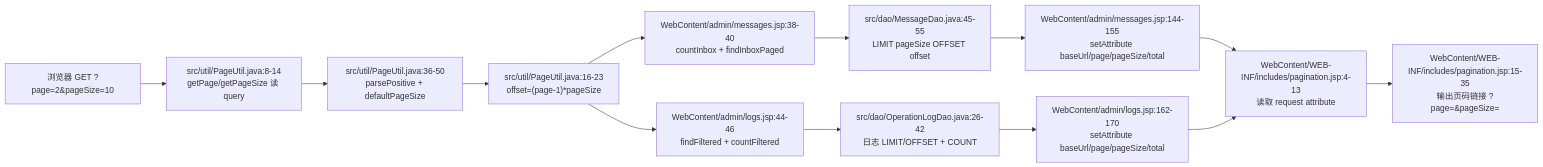
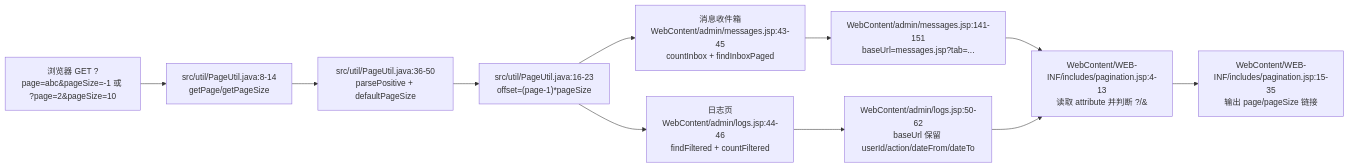
Before and after one commit to guangxiangdebizi/graduation-design-management-system: the third of 7 diagrams in docs/网络数据流详解/parts/05-message-page-render.md, drawn with Mermaid. The commit also changed other lines of this file and 8 other files, not shown here.

First line of the commit message:
refactor project documentation and enhance network data flow details

````diff
--- a/docs/网络数据流详解/parts/05-message-page-render.md
+++ b/docs/网络数据流详解/parts/05-message-page-render.md
@@ -243,22 +182,20 @@
 ```mermaid
 flowchart LR
-    A["浏览器 GET ?page=2&pageSize=10"]
-    B["src/util/PageUtil.java:8-14\ngetPage/getPageSize 读 query"]
+    A["浏览器 GET ?page=abc&pageSize=-1 或 ?page=2&pageSize=10"]
+    B["src/util/PageUtil.java:8-14\ngetPage/getPageSize"]
     C["src/util/PageUtil.java:36-50\nparsePositive + defaultPageSize"]
     D["src/util/PageUtil.java:16-23\noffset=(page-1)*pageSize"]
-    E["WebContent/admin/messages.jsp:38-40\ncountInbox + findInboxPaged"]
-    F["src/dao/MessageDao.java:45-55\nLIMIT pageSize OFFSET offset"]
-    G["WebContent/admin/logs.jsp:44-46\nfindFiltered + countFiltered"]
-    H["src/dao/OperationLogDao.java:26-42\n日志 LIMIT/OFFSET + COUNT"]
-    I["WebContent/admin/messages.jsp:144-155\nsetAttribute baseUrl/page/pageSize/total"]
-    J["WebContent/admin/logs.jsp:162-170\nsetAttribute baseUrl/page/pageSize/total"]
-    K["WebContent/WEB-INF/includes/pagination.jsp:4-13\n读取 request attribute"]
-    L["WebContent/WEB-INF/includes/pagination.jsp:15-35\n输出页码链接 ?page=&pageSize="]
+    E["消息收件箱\nWebContent/admin/messages.jsp:43-45\ncountInbox + findInboxPaged"]
+    F["日志页\nWebContent/admin/logs.jsp:44-46\nfindFiltered + countFiltered"]
+    G["WebContent/admin/messages.jsp:141-151\nbaseUrl=messages.jsp?tab=..."]
+    H["WebContent/admin/logs.jsp:50-62\nbaseUrl 保留 userId/action/dateFrom/dateTo"]
+    I["WebContent/WEB-INF/includes/pagination.jsp:4-13\n读取 attribute 并判断 ?/&"]
+    J["WebContent/WEB-INF/includes/pagination.jsp:15-35\n输出 page/pageSize 链接"]
 
     A --> B --> C --> D
-    D --> E --> F --> I
-    D --> G --> H --> J
-    I --> K
-    J --> K
-    K --> L
+    D --> E --> G
+    D --> F --> H
+    G --> I
+    H --> I
+    I --> J
 ```
````
